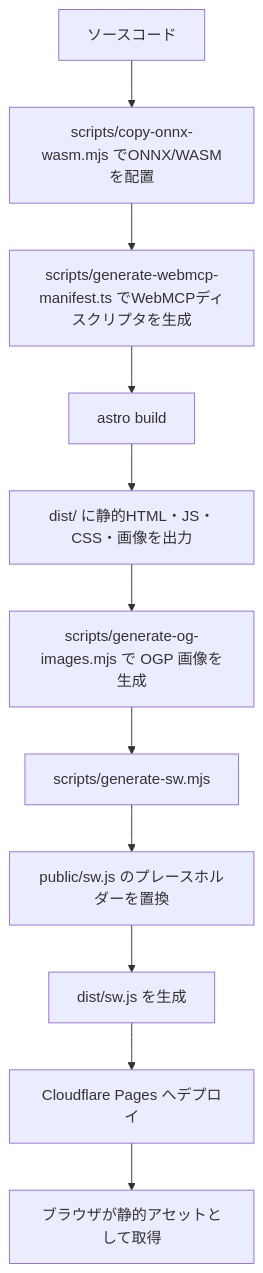
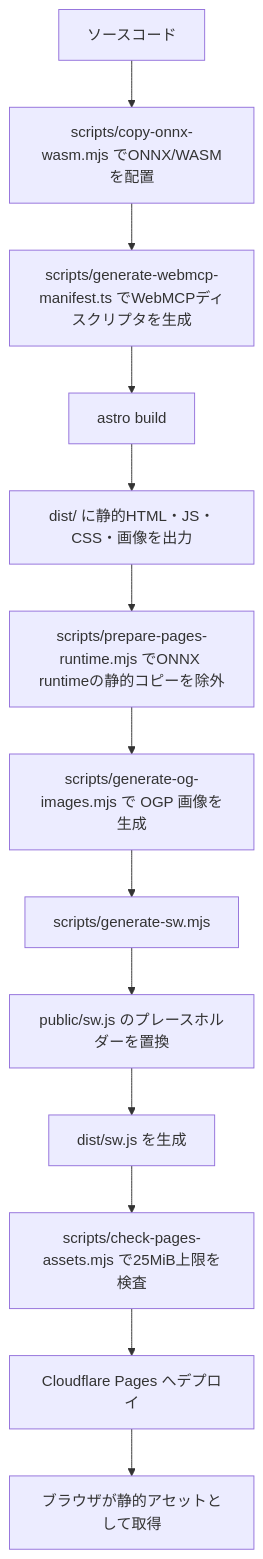
Before and after one commit to code-life-cafe/tools-codelife-cafe: the diagram in docs/architecture.md, drawn with Mermaid. The commit also changed other lines of this file and 4 other files, not shown here.

First line of the commit message:
docs: README・architecture・catalogの不整合を修正

````diff
--- a/docs/architecture.md
+++ b/docs/architecture.md
@@ -116,13 +116,15 @@
 ```mermaid
 flowchart TD
     A[ソースコード] --> A1[scripts/copy-onnx-wasm.mjs でONNX/WASMを配置]
     A1 --> A2[scripts/generate-webmcp-manifest.ts でWebMCPディスクリプタを生成]
     A2 --> B[astro build]
     B --> C[dist/ に静的HTML・JS・CSS・画像を出力]
-    C --> D[scripts/generate-og-images.mjs で OGP 画像を生成]
+    C --> C1[scripts/prepare-pages-runtime.mjs でONNX runtimeの静的コピーを除外]
+    C1 --> D[scripts/generate-og-images.mjs で OGP 画像を生成]
     D --> E[scripts/generate-sw.mjs]
     E --> F[public/sw.js のプレースホルダーを置換]
     F --> G[dist/sw.js を生成]
-    G --> H[Cloudflare Pages へデプロイ]
+    G --> G1[scripts/check-pages-assets.mjs で25MiB上限を検査]
+    G1 --> H[Cloudflare Pages へデプロイ]
     H --> I[ブラウザが静的アセットとして取得]
 ```
````
